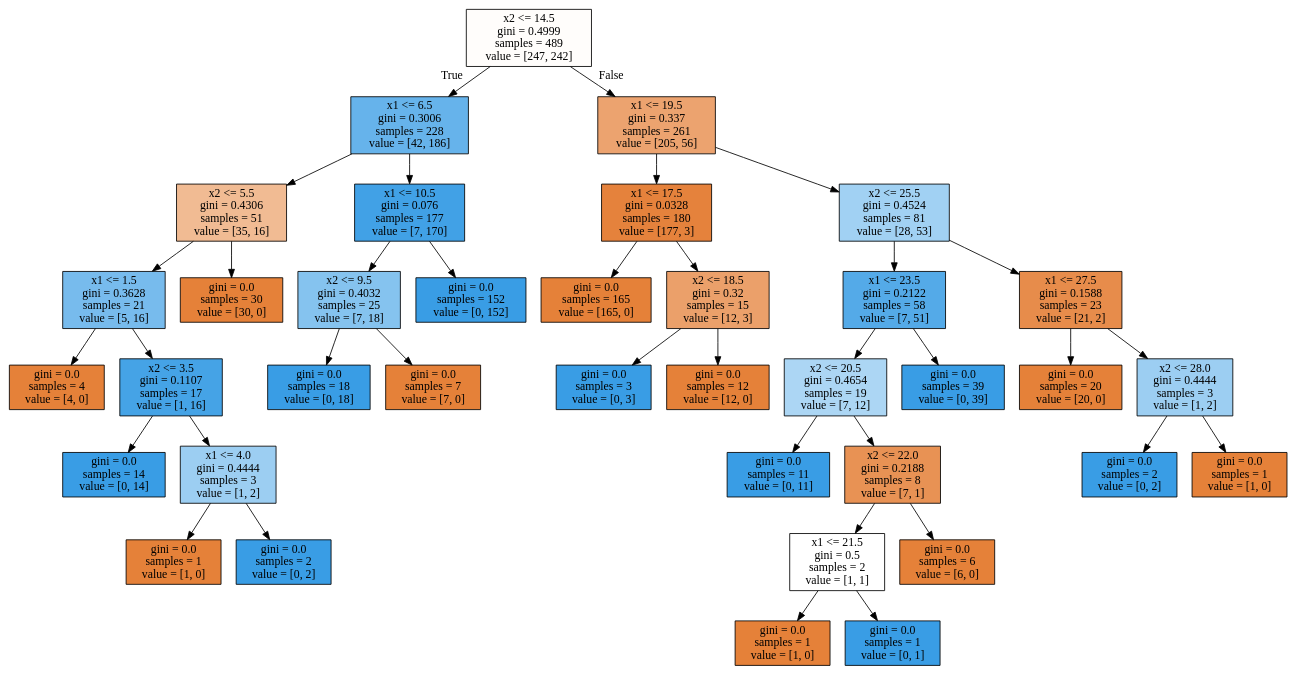
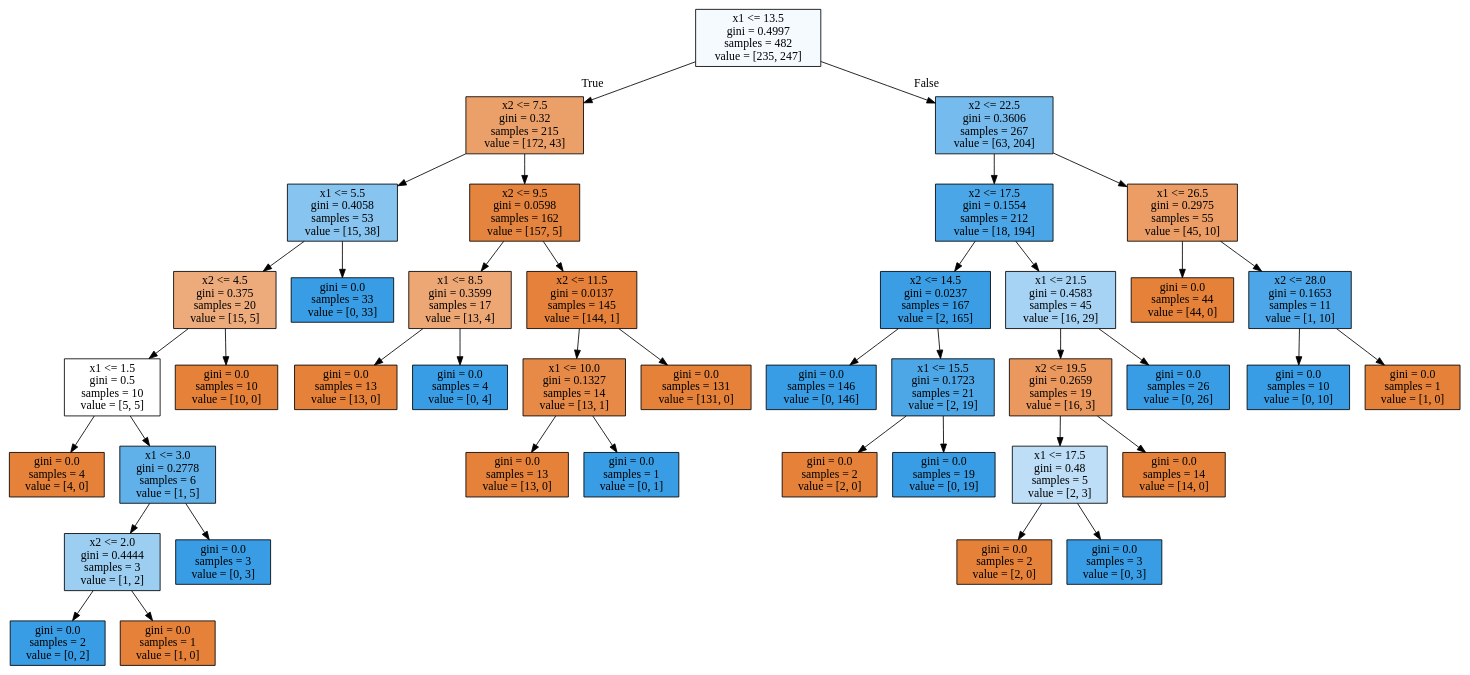
Before and after one commit to Yorko/mlcourse.ai: the diagram in img/deep_toy_tree.dot, drawn with Graphviz. The commit also changed 4 other files, not shown here.

```diff
--- a/img/deep_toy_tree.dot
+++ b/img/deep_toy_tree.dot
@@ -1,76 +1,84 @@
 digraph Tree {
 node [shape=box, style="filled", color="black"] ;
-0 [label="x2 <= 14.5\ngini = 0.4999\nsamples = 489\nvalue = [247, 242]", fillcolor="#e5813905"] ;
-1 [label="x1 <= 6.5\ngini = 0.3006\nsamples = 228\nvalue = [42, 186]", fillcolor="#399de5c5"] ;
+0 [label="x1 <= 13.5\ngini = 0.4997\nsamples = 482\nvalue = [235, 247]", fillcolor="#399de50c"] ;
+1 [label="x2 <= 7.5\ngini = 0.32\nsamples = 215\nvalue = [172, 43]", fillcolor="#e58139bf"] ;
 0 -> 1 [labeldistance=2.5, labelangle=45, headlabel="True"] ;
-2 [label="x2 <= 5.5\ngini = 0.4306\nsamples = 51\nvalue = [35, 16]", fillcolor="#e581398a"] ;
+2 [label="x1 <= 5.5\ngini = 0.4058\nsamples = 53\nvalue = [15, 38]", fillcolor="#399de59a"] ;
 1 -> 2 ;
-3 [label="x1 <= 1.5\ngini = 0.3628\nsamples = 21\nvalue = [5, 16]", fillcolor="#399de5af"] ;
+3 [label="x2 <= 4.5\ngini = 0.375\nsamples = 20\nvalue = [15, 5]", fillcolor="#e58139aa"] ;
 2 -> 3 ;
-4 [label="gini = 0.0\nsamples = 4\nvalue = [4, 0]", fillcolor="#e58139ff"] ;
+4 [label="x1 <= 1.5\ngini = 0.5\nsamples = 10\nvalue = [5, 5]", fillcolor="#e5813900"] ;
 3 -> 4 ;
-5 [label="x2 <= 3.5\ngini = 0.1107\nsamples = 17\nvalue = [1, 16]", fillcolor="#399de5ef"] ;
-3 -> 5 ;
-6 [label="gini = 0.0\nsamples = 14\nvalue = [0, 14]", fillcolor="#399de5ff"] ;
-5 -> 6 ;
-7 [label="x1 <= 4.0\ngini = 0.4444\nsamples = 3\nvalue = [1, 2]", fillcolor="#399de57f"] ;
-5 -> 7 ;
-8 [label="gini = 0.0\nsamples = 1\nvalue = [1, 0]", fillcolor="#e58139ff"] ;
+5 [label="gini = 0.0\nsamples = 4\nvalue = [4, 0]", fillcolor="#e58139ff"] ;
+4 -> 5 ;
+6 [label="x1 <= 3.0\ngini = 0.2778\nsamples = 6\nvalue = [1, 5]", fillcolor="#399de5cc"] ;
+4 -> 6 ;
+7 [label="x2 <= 2.0\ngini = 0.4444\nsamples = 3\nvalue = [1, 2]", fillcolor="#399de57f"] ;
+6 -> 7 ;
+8 [label="gini = 0.0\nsamples = 2\nvalue = [0, 2]", fillcolor="#399de5ff"] ;
 7 -> 8 ;
-9 [label="gini = 0.0\nsamples = 2\nvalue = [0, 2]", fillcolor="#399de5ff"] ;
+9 [label="gini = 0.0\nsamples = 1\nvalue = [1, 0]", fillcolor="#e58139ff"] ;
 7 -> 9 ;
-10 [label="gini = 0.0\nsamples = 30\nvalue = [30, 0]", fillcolor="#e58139ff"] ;
-2 -> 10 ;
-11 [label="x1 <= 10.5\ngini = 0.076\nsamples = 177\nvalue = [7, 170]", fillcolor="#399de5f4"] ;
-1 -> 11 ;
-12 [label="x2 <= 9.5\ngini = 0.4032\nsamples = 25\nvalue = [7, 18]", fillcolor="#399de59c"] ;
-11 -> 12 ;
-13 [label="gini = 0.0\nsamples = 18\nvalue = [0, 18]", fillcolor="#399de5ff"] ;
-12 -> 13 ;
-14 [label="gini = 0.0\nsamples = 7\nvalue = [7, 0]", fillcolor="#e58139ff"] ;
-12 -> 14 ;
-15 [label="gini = 0.0\nsamples = 152\nvalue = [0, 152]", fillcolor="#399de5ff"] ;
-11 -> 15 ;
-16 [label="x1 <= 19.5\ngini = 0.337\nsamples = 261\nvalue = [205, 56]", fillcolor="#e58139b9"] ;
-0 -> 16 [labeldistance=2.5, labelangle=-45, headlabel="False"] ;
-17 [label="x1 <= 17.5\ngini = 0.0328\nsamples = 180\nvalue = [177, 3]", fillcolor="#e58139fb"] ;
-16 -> 17 ;
-18 [label="gini = 0.0\nsamples = 165\nvalue = [165, 0]", fillcolor="#e58139ff"] ;
+10 [label="gini = 0.0\nsamples = 3\nvalue = [0, 3]", fillcolor="#399de5ff"] ;
+6 -> 10 ;
+11 [label="gini = 0.0\nsamples = 10\nvalue = [10, 0]", fillcolor="#e58139ff"] ;
+3 -> 11 ;
+12 [label="gini = 0.0\nsamples = 33\nvalue = [0, 33]", fillcolor="#399de5ff"] ;
+2 -> 12 ;
+13 [label="x2 <= 9.5\ngini = 0.0598\nsamples = 162\nvalue = [157, 5]", fillcolor="#e58139f7"] ;
+1 -> 13 ;
+14 [label="x1 <= 8.5\ngini = 0.3599\nsamples = 17\nvalue = [13, 4]", fillcolor="#e58139b1"] ;
+13 -> 14 ;
+15 [label="gini = 0.0\nsamples = 13\nvalue = [13, 0]", fillcolor="#e58139ff"] ;
+14 -> 15 ;
+16 [label="gini = 0.0\nsamples = 4\nvalue = [0, 4]", fillcolor="#399de5ff"] ;
+14 -> 16 ;
+17 [label="x2 <= 11.5\ngini = 0.0137\nsamples = 145\nvalue = [144, 1]", fillcolor="#e58139fd"] ;
+13 -> 17 ;
+18 [label="x1 <= 10.0\ngini = 0.1327\nsamples = 14\nvalue = [13, 1]", fillcolor="#e58139eb"] ;
 17 -> 18 ;
-19 [label="x2 <= 18.5\ngini = 0.32\nsamples = 15\nvalue = [12, 3]", fillcolor="#e58139bf"] ;
-17 -> 19 ;
-20 [label="gini = 0.0\nsamples = 3\nvalue = [0, 3]", fillcolor="#399de5ff"] ;
-19 -> 20 ;
-21 [label="gini = 0.0\nsamples = 12\nvalue = [12, 0]", fillcolor="#e58139ff"] ;
-19 -> 21 ;
-22 [label="x2 <= 25.5\ngini = 0.4524\nsamples = 81\nvalue = [28, 53]", fillcolor="#399de578"] ;
-16 -> 22 ;
-23 [label="x1 <= 23.5\ngini = 0.2122\nsamples = 58\nvalue = [7, 51]", fillcolor="#399de5dc"] ;
+19 [label="gini = 0.0\nsamples = 13\nvalue = [13, 0]", fillcolor="#e58139ff"] ;
+18 -> 19 ;
+20 [label="gini = 0.0\nsamples = 1\nvalue = [0, 1]", fillcolor="#399de5ff"] ;
+18 -> 20 ;
+21 [label="gini = 0.0\nsamples = 131\nvalue = [131, 0]", fillcolor="#e58139ff"] ;
+17 -> 21 ;
+22 [label="x2 <= 22.5\ngini = 0.3606\nsamples = 267\nvalue = [63, 204]", fillcolor="#399de5b0"] ;
+0 -> 22 [labeldistance=2.5, labelangle=-45, headlabel="False"] ;
+23 [label="x2 <= 17.5\ngini = 0.1554\nsamples = 212\nvalue = [18, 194]", fillcolor="#399de5e7"] ;
 22 -> 23 ;
-24 [label="x2 <= 20.5\ngini = 0.4654\nsamples = 19\nvalue = [7, 12]", fillcolor="#399de56a"] ;
+24 [label="x2 <= 14.5\ngini = 0.0237\nsamples = 167\nvalue = [2, 165]", fillcolor="#399de5fc"] ;
 23 -> 24 ;
-25 [label="gini = 0.0\nsamples = 11\nvalue = [0, 11]", fillcolor="#399de5ff"] ;
+25 [label="gini = 0.0\nsamples = 146\nvalue = [0, 146]", fillcolor="#399de5ff"] ;
 24 -> 25 ;
-26 [label="x2 <= 22.0\ngini = 0.2188\nsamples = 8\nvalue = [7, 1]", fillcolor="#e58139db"] ;
+26 [label="x1 <= 15.5\ngini = 0.1723\nsamples = 21\nvalue = [2, 19]", fillcolor="#399de5e4"] ;
 24 -> 26 ;
-27 [label="x1 <= 21.5\ngini = 0.5\nsamples = 2\nvalue = [1, 1]", fillcolor="#e5813900"] ;
+27 [label="gini = 0.0\nsamples = 2\nvalue = [2, 0]", fillcolor="#e58139ff"] ;
 26 -> 27 ;
-28 [label="gini = 0.0\nsamples = 1\nvalue = [1, 0]", fillcolor="#e58139ff"] ;
-27 -> 28 ;
-29 [label="gini = 0.0\nsamples = 1\nvalue = [0, 1]", fillcolor="#399de5ff"] ;
-27 -> 29 ;
-30 [label="gini = 0.0\nsamples = 6\nvalue = [6, 0]", fillcolor="#e58139ff"] ;
-26 -> 30 ;
-31 [label="gini = 0.0\nsamples = 39\nvalue = [0, 39]", fillcolor="#399de5ff"] ;
-23 -> 31 ;
-32 [label="x1 <= 27.5\ngini = 0.1588\nsamples = 23\nvalue = [21, 2]", fillcolor="#e58139e7"] ;
-22 -> 32 ;
-33 [label="gini = 0.0\nsamples = 20\nvalue = [20, 0]", fillcolor="#e58139ff"] ;
-32 -> 33 ;
-34 [label="x2 <= 28.0\ngini = 0.4444\nsamples = 3\nvalue = [1, 2]", fillcolor="#399de57f"] ;
-32 -> 34 ;
-35 [label="gini = 0.0\nsamples = 2\nvalue = [0, 2]", fillcolor="#399de5ff"] ;
-34 -> 35 ;
-36 [label="gini = 0.0\nsamples = 1\nvalue = [1, 0]", fillcolor="#e58139ff"] ;
-34 -> 36 ;
+28 [label="gini = 0.0\nsamples = 19\nvalue = [0, 19]", fillcolor="#399de5ff"] ;
+26 -> 28 ;
+29 [label="x1 <= 21.5\ngini = 0.4583\nsamples = 45\nvalue = [16, 29]", fillcolor="#399de572"] ;
+23 -> 29 ;
+30 [label="x2 <= 19.5\ngini = 0.2659\nsamples = 19\nvalue = [16, 3]", fillcolor="#e58139cf"] ;
+29 -> 30 ;
+31 [label="x1 <= 17.5\ngini = 0.48\nsamples = 5\nvalue = [2, 3]", fillcolor="#399de555"] ;
+30 -> 31 ;
+32 [label="gini = 0.0\nsamples = 2\nvalue = [2, 0]", fillcolor="#e58139ff"] ;
+31 -> 32 ;
+33 [label="gini = 0.0\nsamples = 3\nvalue = [0, 3]", fillcolor="#399de5ff"] ;
+31 -> 33 ;
+34 [label="gini = 0.0\nsamples = 14\nvalue = [14, 0]", fillcolor="#e58139ff"] ;
+30 -> 34 ;
+35 [label="gini = 0.0\nsamples = 26\nvalue = [0, 26]", fillcolor="#399de5ff"] ;
+29 -> 35 ;
+36 [label="x1 <= 26.5\ngini = 0.2975\nsamples = 55\nvalue = [45, 10]", fillcolor="#e58139c6"] ;
+22 -> 36 ;
+37 [label="gini = 0.0\nsamples = 44\nvalue = [44, 0]", fillcolor="#e58139ff"] ;
+36 -> 37 ;
+38 [label="x2 <= 28.0\ngini = 0.1653\nsamples = 11\nvalue = [1, 10]", fillcolor="#399de5e6"] ;
+36 -> 38 ;
+39 [label="gini = 0.0\nsamples = 10\nvalue = [0, 10]", fillcolor="#399de5ff"] ;
+38 -> 39 ;
+40 [label="gini = 0.0\nsamples = 1\nvalue = [1, 0]", fillcolor="#e58139ff"] ;
+38 -> 40 ;
 }
```
